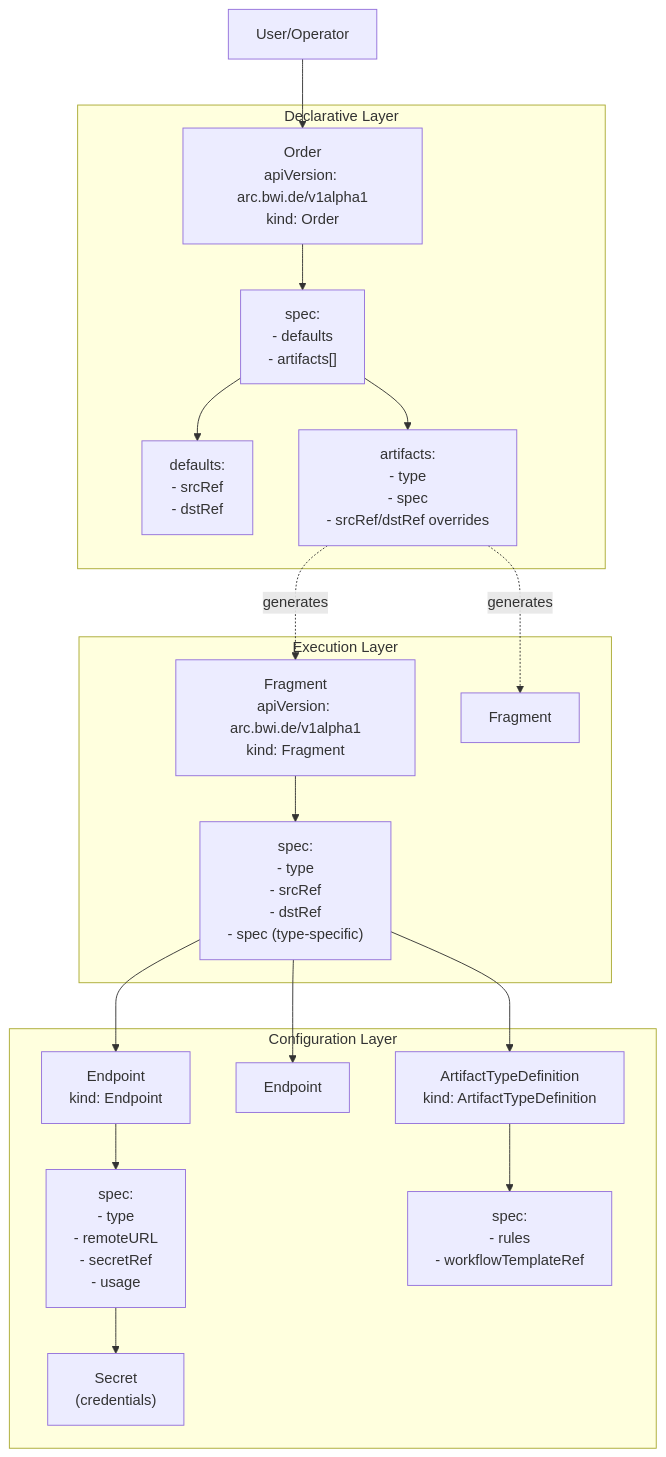
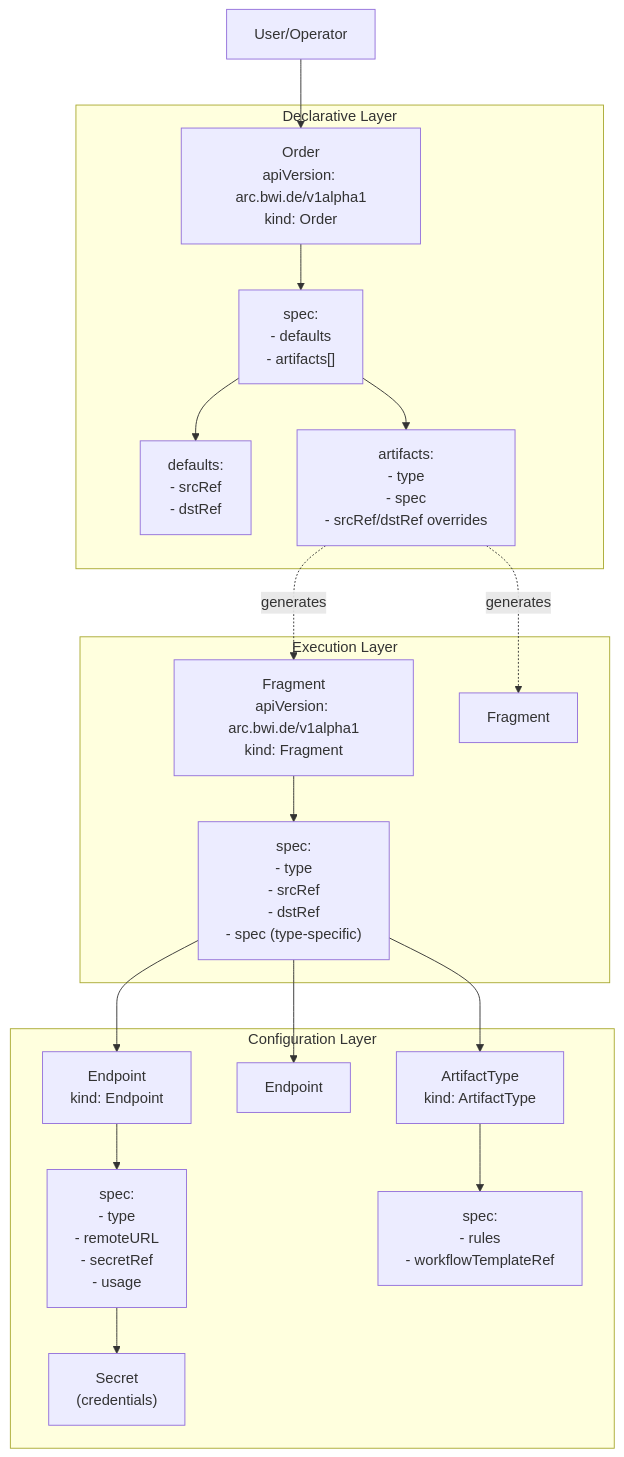
Before and after one commit to opendefensecloud/artifact-conduit: the third of 7 diagrams in docs/user-guide/core-concepts.md, drawn with Mermaid. The commit also changed other lines of this file and 39 other files, not shown here.

Commit message:
rename ArtifactTypeDefinition to ArtifactType

````diff
--- a/docs/user-guide/core-concepts.md
+++ b/docs/user-guide/core-concepts.md
@@ -142,45 +142,45 @@
 ```mermaid
 graph TB
     User["User/Operator"]
     
     subgraph "Declarative Layer"
         Order["Order<br/>apiVersion: arc.bwi.de/v1alpha1<br/>kind: Order"]
         OrderSpec["spec:<br/>- defaults<br/>- artifacts[]"]
         OrderDefaults["defaults:<br/>- srcRef<br/>- dstRef"]
         OrderArtifacts["artifacts:<br/>- type<br/>- spec<br/>- srcRef/dstRef overrides"]
     end
     
     subgraph "Execution Layer"
         Fragment1["Fragment<br/>apiVersion: arc.bwi.de/v1alpha1<br/>kind: Fragment"]
         Fragment2["Fragment"]
         FragmentSpec["spec:<br/>- type<br/>- srcRef<br/>- dstRef<br/>- spec (type-specific)"]
     end
     
     subgraph "Configuration Layer"
         Endpoint1["Endpoint<br/>kind: Endpoint"]
         Endpoint2["Endpoint"]
         EndpointSpec["spec:<br/>- type<br/>- remoteURL<br/>- secretRef<br/>- usage"]
         
-        ATD["ArtifactTypeDefinition<br/>kind: ArtifactTypeDefinition"]
+        ATD["ArtifactType<br/>kind: ArtifactType"]
         ATDSpec["spec:<br/>- rules<br/>- workflowTemplateRef"]
         
         Secret["Secret<br/>(credentials)"]
     end
     
     User --> Order
     Order --> OrderSpec
     OrderSpec --> OrderDefaults
     OrderSpec --> OrderArtifacts
     
     OrderArtifacts -.generates.-> Fragment1
     OrderArtifacts -.generates.-> Fragment2
     
     Fragment1 --> FragmentSpec
     FragmentSpec --> Endpoint1
     FragmentSpec --> Endpoint2
     FragmentSpec --> ATD
     
     Endpoint1 --> EndpointSpec
     EndpointSpec --> Secret
     ATD --> ATDSpec
 ```
````
